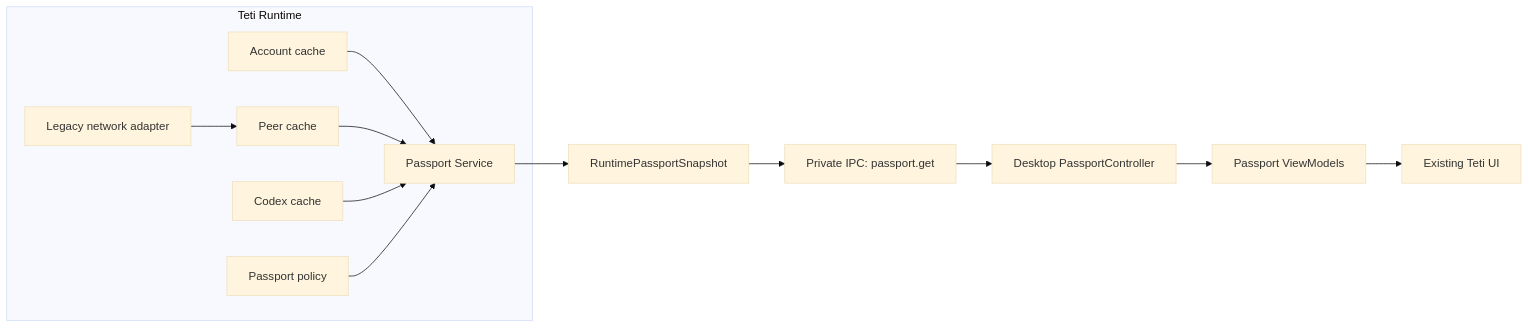
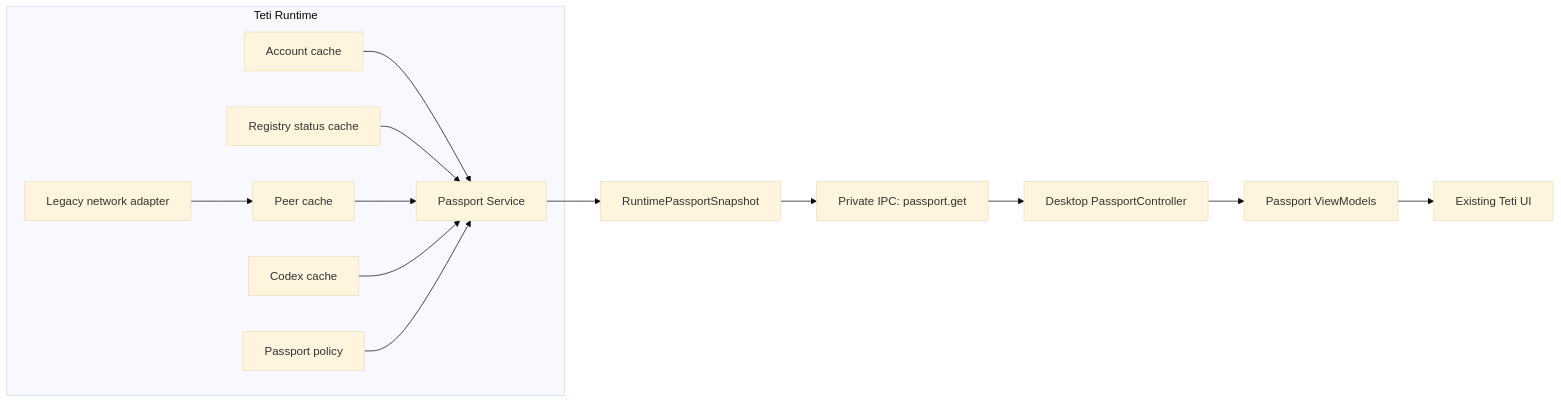
One commit to midimily/teti-bot changed the first of 3 diagrams in docs/TETI_BETA_MVP_1_0_PASSPORT_DOMAIN_INTEGRATION.md. Above: the diagram before and after it, drawn with Mermaid (base theme). The commit also changed other lines of this file and 46 other files, not shown here.

````diff
--- a/docs/TETI_BETA_MVP_1_0_PASSPORT_DOMAIN_INTEGRATION.md
+++ b/docs/TETI_BETA_MVP_1_0_PASSPORT_DOMAIN_INTEGRATION.md
@@ -14,22 +14,24 @@
 ```mermaid
 flowchart LR
   subgraph Runtime["Teti Runtime"]
     Account["Account cache"]
+    Registry["Registry status cache"]
     Peers["Peer cache"]
     Codex["Codex cache"]
     Sharing["Passport policy"]
     Legacy["Legacy network adapter"]
     Service["Passport Service"]
     Account --> Service
+    Registry --> Service
     Peers --> Service
     Codex --> Service
     Sharing --> Service
     Legacy --> Peers
   end
 
   Service --> Snapshot["RuntimePassportSnapshot"]
   Snapshot --> IPC["Private IPC: passport.get"]
   IPC --> Controller["Desktop PassportController"]
   Controller --> ViewModels["Passport ViewModels"]
   ViewModels --> UI["Existing Teti UI"]
 ```
````
